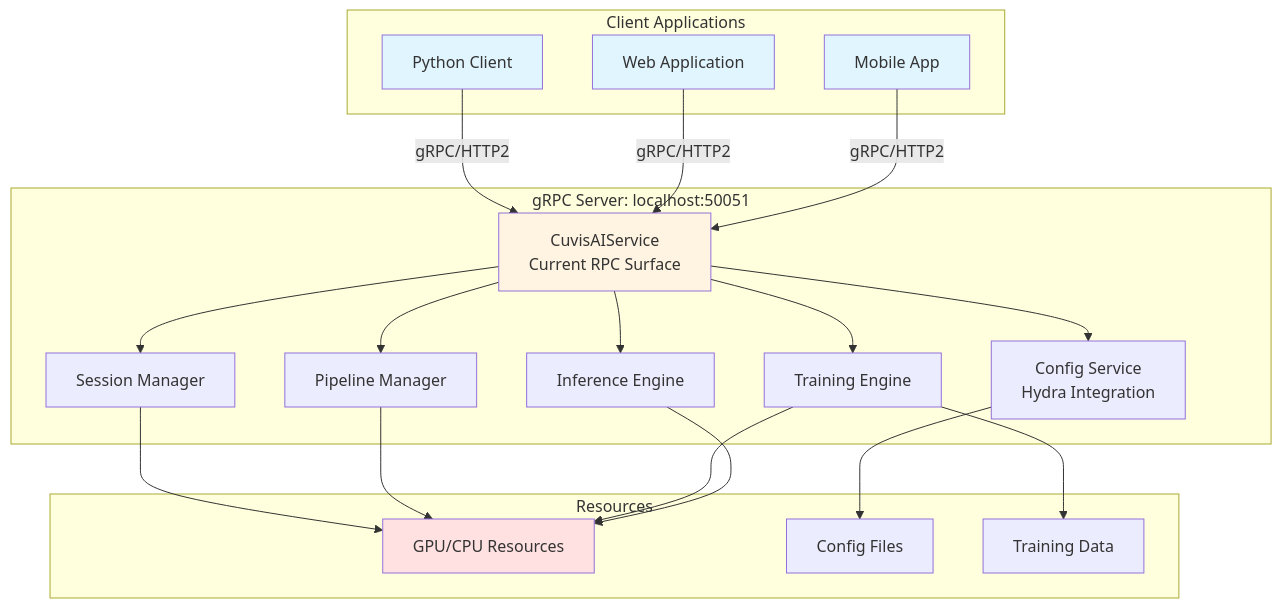
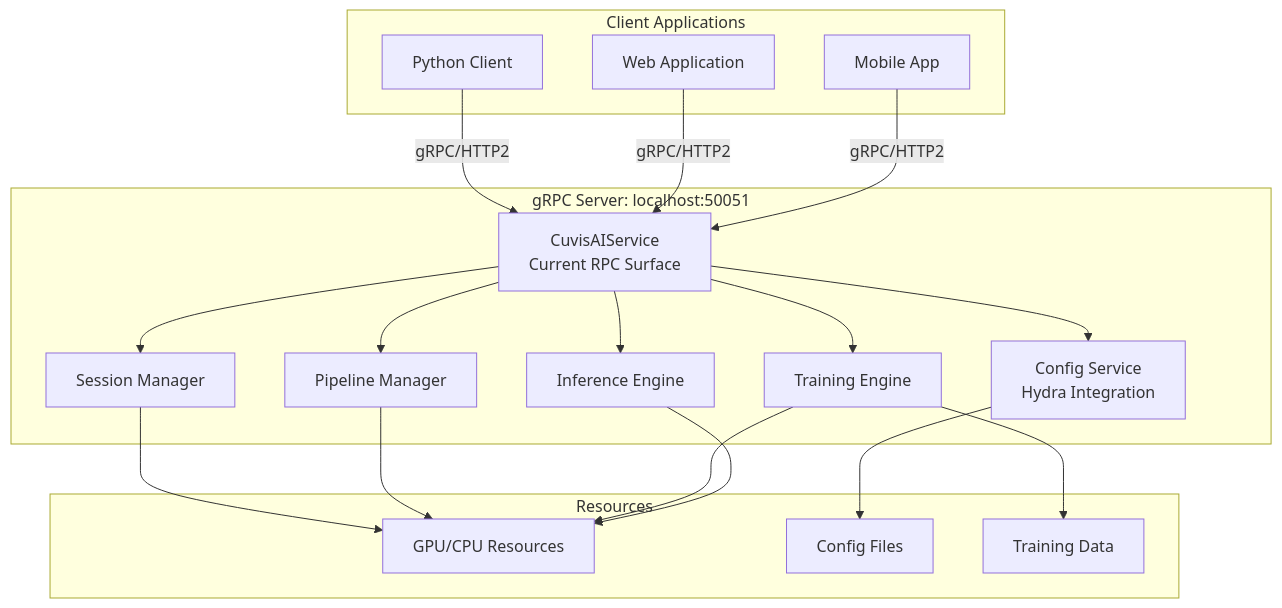
The first of 2 diagrams in docs/deployment/overview.md (cubert-hyperspectral/cuvis-ai), drawn with Mermaid before and after one commit. The commit also changed 18 other files, not shown here.

First line of the commit message:
docs(theme): use classDef for Mermaid styling and tighten cross-page copy

````diff
--- a/docs/deployment/overview.md
+++ b/docs/deployment/overview.md
@@ -56,47 +56,41 @@
 ```mermaid
 graph TB
     subgraph "Client Applications"
         C1[Python Client]
         C2[Web Application]
         C3[Mobile App]
     end
 
     subgraph "gRPC Server: localhost:50051"
         SVC[CuvisAIService<br/>Current RPC Surface]
         SM[Session Manager]
         CS[Config Service<br/>Hydra Integration]
         PM[Pipeline Manager]
         TE[Training Engine]
         IE[Inference Engine]
     end
 
     subgraph "Resources"
         GPU[GPU/CPU Resources]
         CFG[Config Files]
         DATA[Training Data]
     end
 
     C1 -->|gRPC/HTTP2| SVC
     C2 -->|gRPC/HTTP2| SVC
     C3 -->|gRPC/HTTP2| SVC
 
     SVC --> SM
     SVC --> CS
     SVC --> PM
     SVC --> TE
     SVC --> IE
 
     SM --> GPU
     PM --> GPU
     TE --> GPU
     IE --> GPU
 
     CS --> CFG
     TE --> DATA
-
-    style SVC fill:#fff4e1
-    style C1 fill:#e1f5ff
-    style C2 fill:#e1f5ff
-    style C3 fill:#e1f5ff
-    style GPU fill:#ffe1e1
 ```
````
